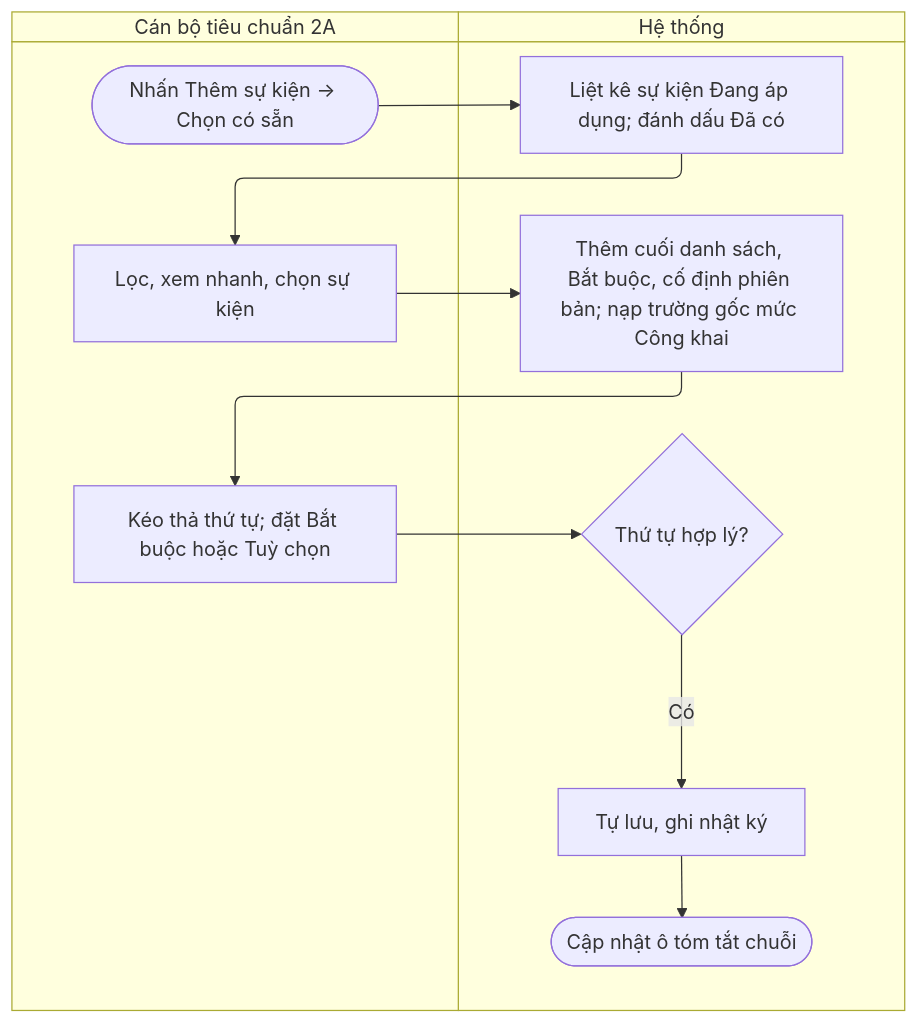
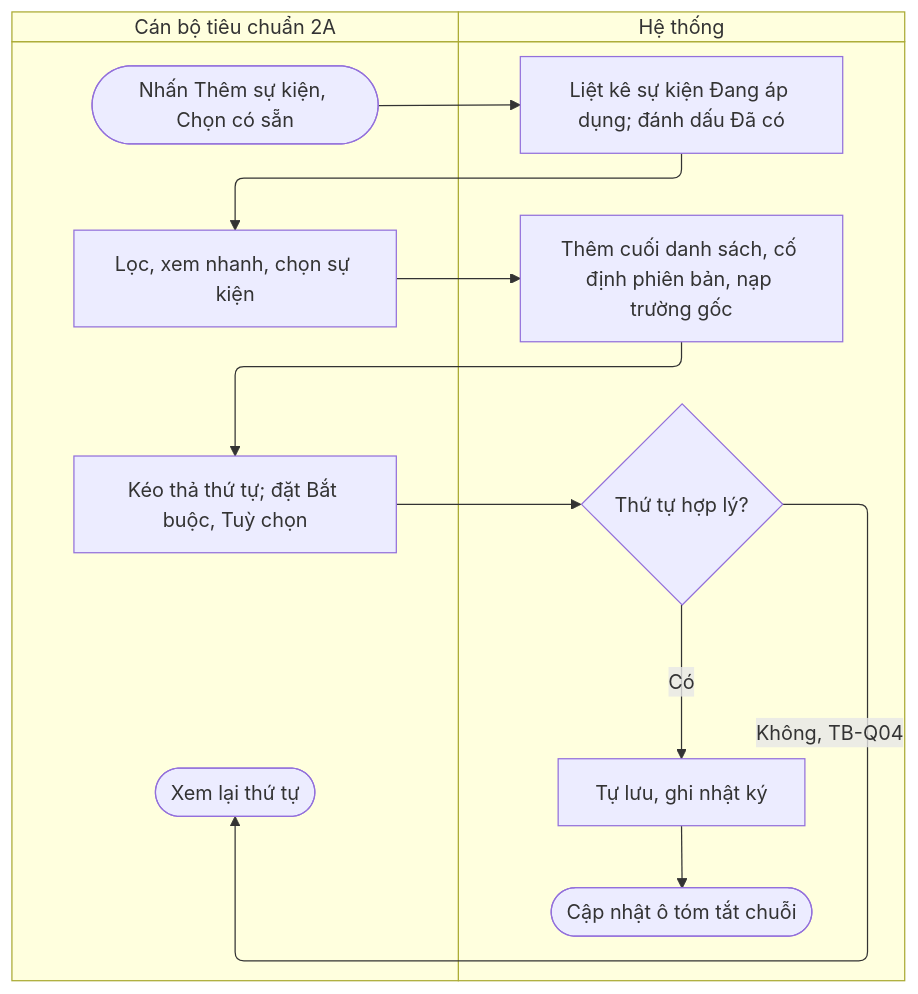
One commit to cuongnh-rd/ndatrace-attp changed the first of 2 diagrams in docs/prd/quy-trinh-tieu-chuan-txng/7.2-cau-hinh-danh-sach-su-kien.md. Above: the diagram before and after it, drawn with Mermaid. The commit also changed other lines of this file and 9 other files, not shown here.

````diff
--- a/docs/prd/quy-trinh-tieu-chuan-txng/7.2-cau-hinh-danh-sach-su-kien.md
+++ b/docs/prd/quy-trinh-tieu-chuan-txng/7.2-cau-hinh-danh-sach-su-kien.md
@@ -42,22 +42,24 @@
 ```mermaid
 swimlane-beta TB
   subgraph CB["Cán bộ tiêu chuẩn 2A"]
-    s(["Nhấn Thêm sự kiện → Chọn có sẵn"])
+    s(["Nhấn Thêm sự kiện, Chọn có sẵn"])
     c1["Lọc, xem nhanh, chọn sự kiện"]
-    c2["Kéo thả thứ tự; đặt Bắt buộc hoặc Tuỳ chọn"]
+    c2["Kéo thả thứ tự; đặt Bắt buộc, Tuỳ chọn"]
+    c3(["Xem lại thứ tự"])
   end
   subgraph HT["Hệ thống"]
     h1["Liệt kê sự kiện Đang áp dụng; đánh dấu Đã có"]
-    h2["Thêm cuối danh sách, Bắt buộc, cố định phiên bản; nạp trường gốc mức Công khai"]
+    h2["Thêm cuối danh sách, cố định phiên bản, nạp trường gốc"]
     d1{"Thứ tự hợp lý?"}
     h3["Tự lưu, ghi nhật ký"]
     e(["Cập nhật ô tóm tắt chuỗi"])
   end
   s --> h1
   h1 --> c1
   c1 --> h2
   h2 --> c2
   c2 --> d1
+  d1 -->|Không, TB-Q04| c3
   d1 -->|Có| h3
   h3 --> e
 ```
````
